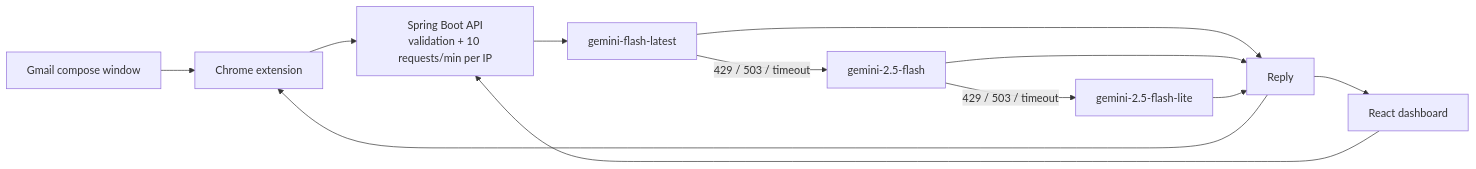
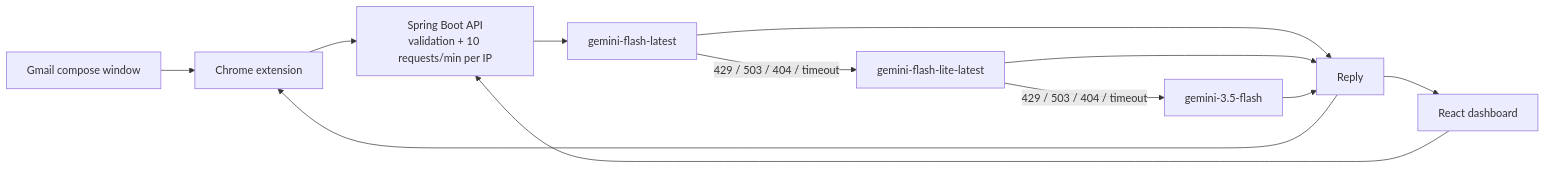
The diagram in README.md (utkarshkulkarni45/email-writer), drawn with Mermaid before and after one commit. The commit also changed other lines of this file and 4 other files, not shown here.

````diff
--- a/README.md
+++ b/README.md
@@ -32,14 +32,14 @@
 ```mermaid
 flowchart LR
     G[Gmail compose window] --> X[Chrome extension]
     R[React dashboard] --> A
     X --> A[Spring Boot API<br/>validation + 10 requests/min per IP]
     A --> M1[gemini-flash-latest]
-    M1 -->|429 / 503 / timeout| M2[gemini-2.5-flash]
-    M2 -->|429 / 503 / timeout| M3[gemini-2.5-flash-lite]
+    M1 -->|429 / 503 / 404 / timeout| M2[gemini-flash-lite-latest]
+    M2 -->|429 / 503 / 404 / timeout| M3[gemini-3.5-flash]
     M1 --> O[Reply]
     M2 --> O
     M3 --> O
     O --> X
     O --> R
 ```
````
